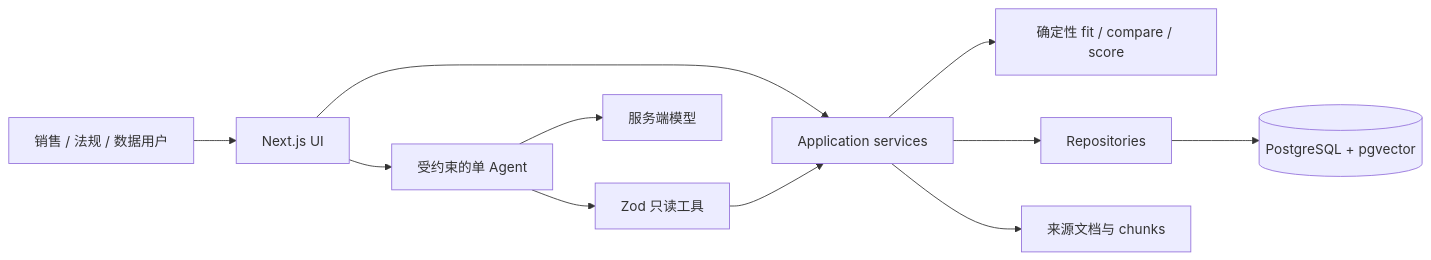
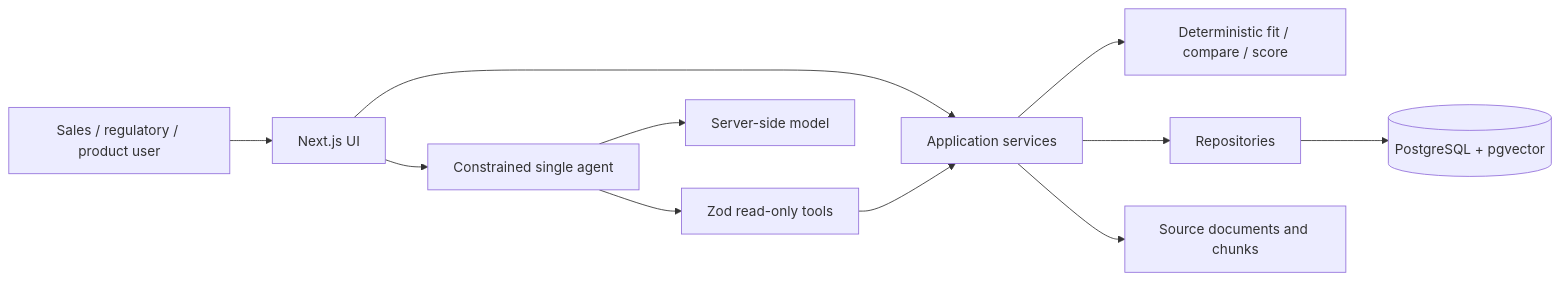
The diagram in README.md (Jameskyzx/diesel), drawn with Mermaid before and after one commit. The commit also changed other lines of this file and 99 other files, not shown here.

Commit message:
feat: harden FDE evidence and bilingual flow

````diff
--- a/README.md
+++ b/README.md
@@ -97,13 +154,13 @@
 ```mermaid
 flowchart LR
-    User[销售 / 法规 / 数据用户] --> UI[Next.js UI]
+    User[Sales / regulatory / product user] --> UI[Next.js UI]
     UI --> Services[Application services]
-    UI --> Agent[受约束的单 Agent]
-    Agent --> Tools[Zod 只读工具]
+    UI --> Agent[Constrained single agent]
+    Agent --> Tools[Zod read-only tools]
     Tools --> Services
-    Services --> Rules[确定性 fit / compare / score]
+    Services --> Rules[Deterministic fit / compare / score]
     Services --> Repos[Repositories]
     Repos --> DB[(PostgreSQL + pgvector)]
-    Services --> Evidence[来源文档与 chunks]
-    Agent --> Model[服务端模型]
+    Services --> Evidence[Source documents and chunks]
+    Agent --> Model[Server-side model]
 ```
````
